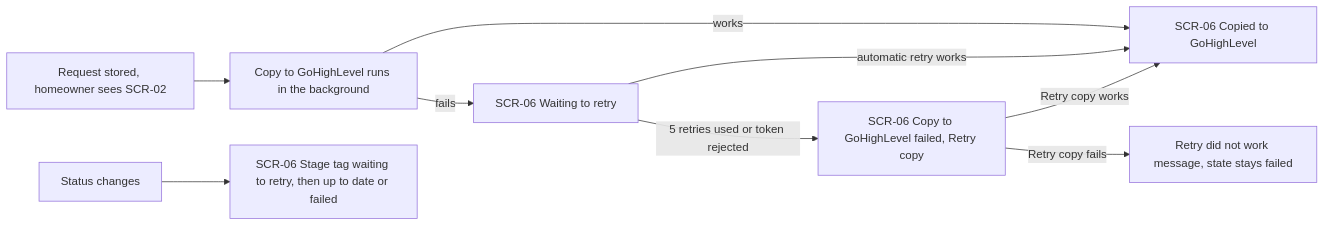
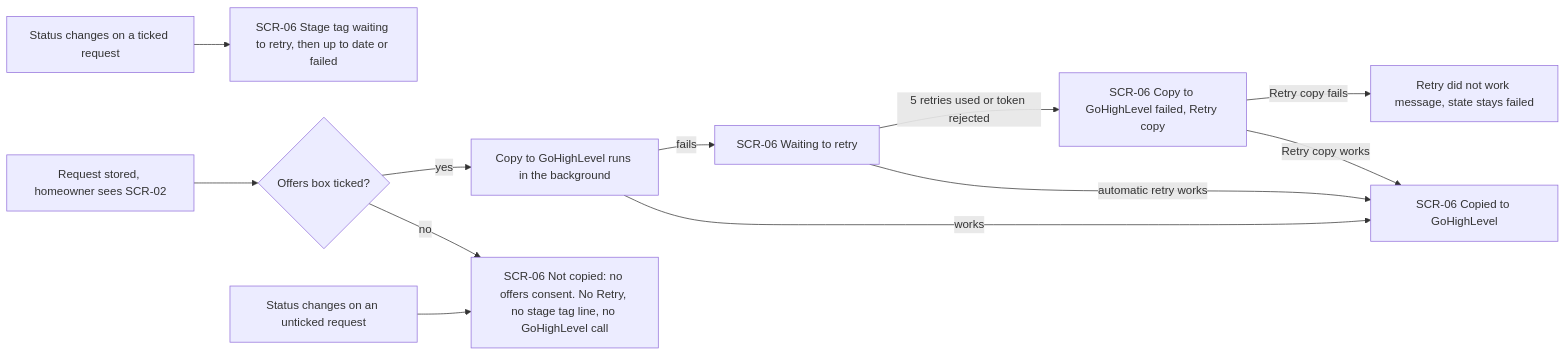
The seventh of 7 diagrams in docs/user-flows.md (westmatty92-alt/northside-quotes), drawn with Mermaid before and after one commit. The commit also changed other lines of this file and 83 other files, not shown here.

````diff
--- a/docs/user-flows.md
+++ b/docs/user-flows.md
@@ -138,11 +153,14 @@
 ```mermaid
 flowchart LR
-  A["Request stored, homeowner sees SCR-02"] --> B["Copy to GoHighLevel runs in the background"]
+  A["Request stored, homeowner sees SCR-02"] --> K{"Offers box ticked?"}
+  K -->|"no"| N["SCR-06 Not copied: no offers consent. No Retry, no stage tag line, no GoHighLevel call"]
+  K -->|"yes"| B["Copy to GoHighLevel runs in the background"]
   B -->|"works"| C["SCR-06 Copied to GoHighLevel"]
   B -->|"fails"| D["SCR-06 Waiting to retry"]
   D -->|"automatic retry works"| C
   D -->|"5 retries used or token rejected"| E["SCR-06 Copy to GoHighLevel failed, Retry copy"]
   E -->|"Retry copy works"| C
   E -->|"Retry copy fails"| F["Retry did not work message, state stays failed"]
-  G["Status changes"] --> H["SCR-06 Stage tag waiting to retry, then up to date or failed"]
+  G["Status changes on a ticked request"] --> H["SCR-06 Stage tag waiting to retry, then up to date or failed"]
+  G2["Status changes on an unticked request"] --> N
 ```
````
